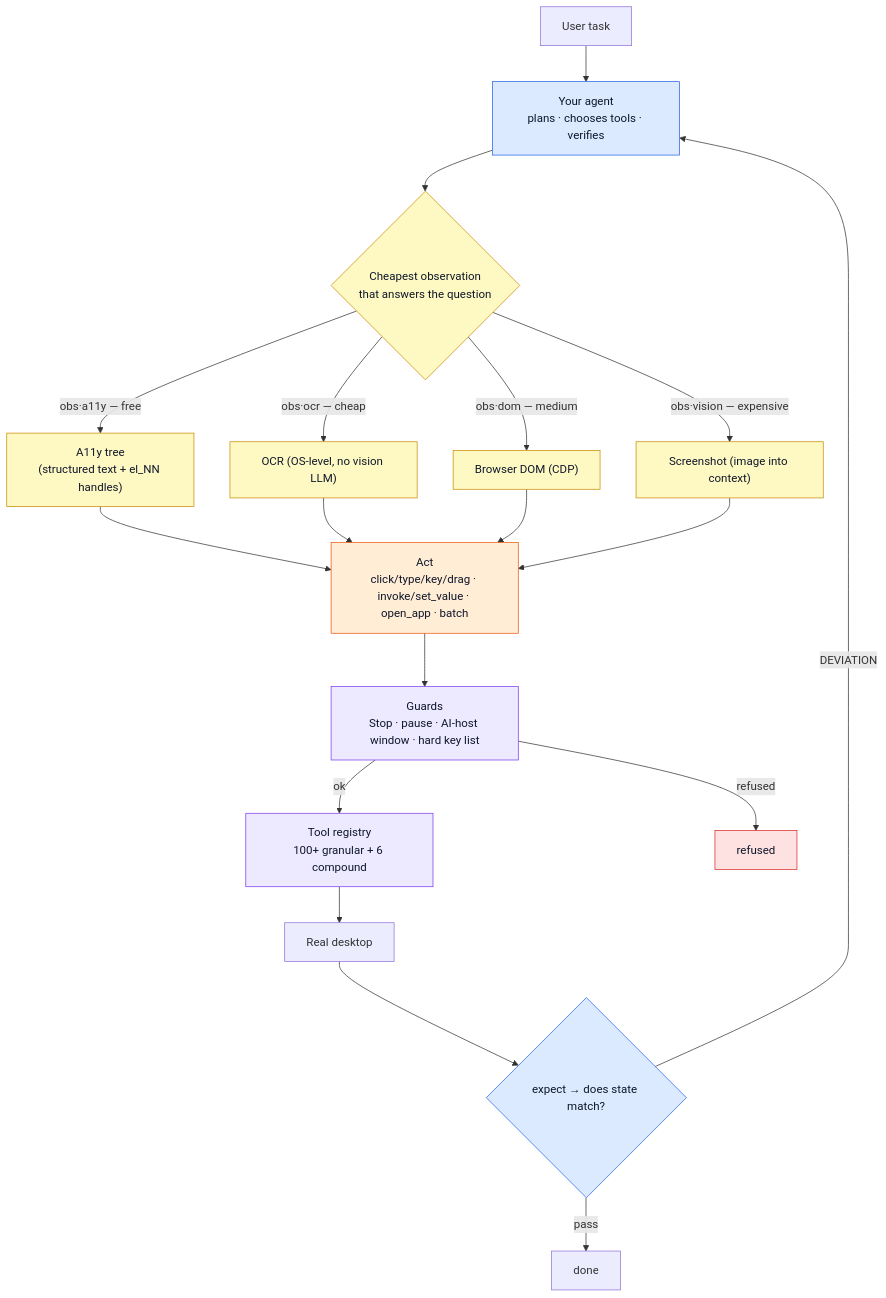
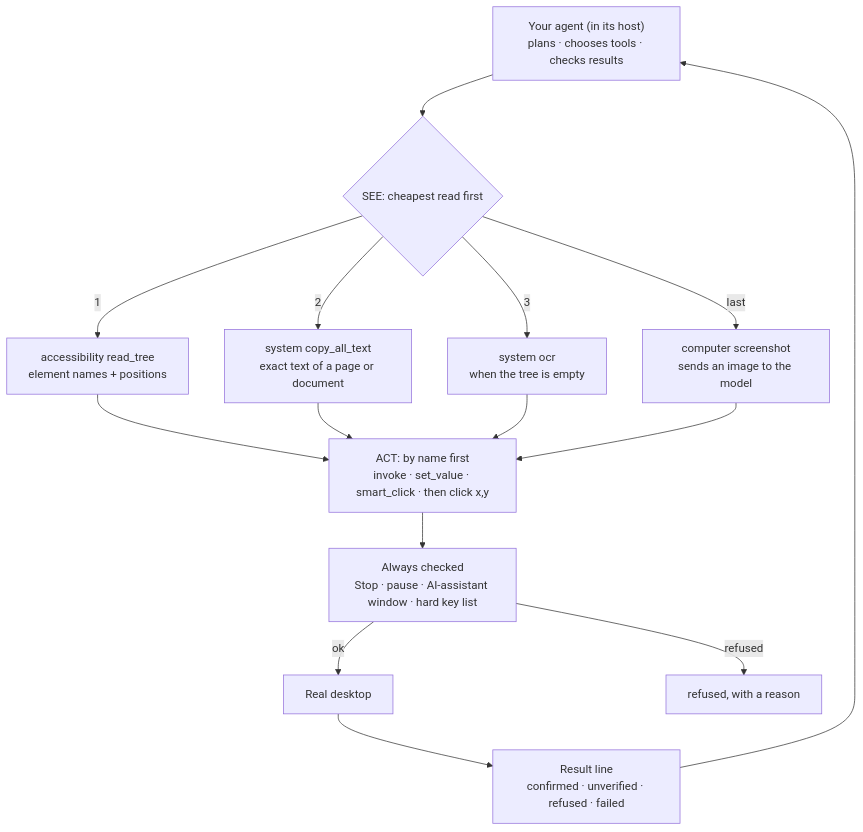
One commit to AmrDab/clawdcursor changed the diagram in README.md. Above: the diagram before and after it, drawn with Mermaid. The commit also changed other lines of this file and 22 other files, not shown here.

First line of the commit message:
docs: README and clawdcursor.com describe 2.0 (tool layer, real protections, install per host) (#390)

````diff
--- a/README.md
+++ b/README.md
@@ -338,35 +217,21 @@
 ```mermaid
 flowchart TB
-    task["User task"] --> loop["Your agent<br/>plans · chooses tools · verifies"]
-    loop --> observe{"Cheapest observation<br/>that answers the question"}
+    agent["Your agent (in its host)<br/>plans · chooses tools · checks results"] --> see{"SEE: cheapest read first"}
 
-    observe -- "obs·a11y — free" --> a11y["A11y tree<br/>(structured text + el_NN handles)"]
-    observe -- "obs·ocr — cheap" --> ocr["OCR (OS-level, no vision LLM)"]
-    observe -- "obs·dom — medium" --> dom["Browser DOM (CDP)"]
-    observe -- "obs·vision — expensive" --> vision["Screenshot (image into context)"]
+    see -- "1" --> tree["accessibility read_tree<br/>element names + positions"]
+    see -- "2" --> text["system copy_all_text<br/>exact text of a page or document"]
+    see -- "3" --> ocr["system ocr<br/>when the tree is empty"]
+    see -- "last" --> shot["computer screenshot<br/>sends an image to the model"]
 
-    a11y --> act
+    tree --> act
+    text --> act
     ocr --> act
-    dom --> act
-    vision --> act
+    shot --> act
 
-    act["Act<br/>click/type/key/drag · invoke/set_value · open_app · batch"] --> guards
-    guards["Guards<br/>Stop · pause · AI-host window · hard key list"] -- ok --> tools["Tool registry<br/>100+ granular + 6 compound"]
-    guards -- refused --> blocked["refused"]
+    act["ACT: by name first<br/>invoke · set_value · smart_click · then click x,y"] --> guards
+    guards["Always checked<br/>Stop · pause · AI-assistant window · hard key list"] -- ok --> desktop["Real desktop"]
+    guards -- refused --> refused["refused, with a reason"]
 
-    tools --> desktop["Real desktop"]
-    desktop --> verify{"expect → does state match?"}
-    verify -- pass --> done["done"]
-    verify -- "DEVIATION" --> loop
-
-    classDef agentNode fill:#dbeafe,stroke:#2563eb,color:#0f172a;
-    classDef gate fill:#ede9fe,stroke:#7c3aed,color:#0f172a;
-    classDef obsNode fill:#fef9c3,stroke:#ca8a04,color:#0f172a;
-    classDef actNode fill:#ffedd5,stroke:#ea580c,color:#0f172a;
-    classDef stop fill:#fee2e2,stroke:#dc2626,color:#0f172a;
-    class loop,verify agentNode;
-    class guards,tools gate;
-    class observe,a11y,ocr,dom,vision obsNode;
-    class act actNode;
-    class blocked stop;
+    desktop --> result["Result line<br/>confirmed · unverified · refused · failed"]
+    result --> agent
 ```
````
